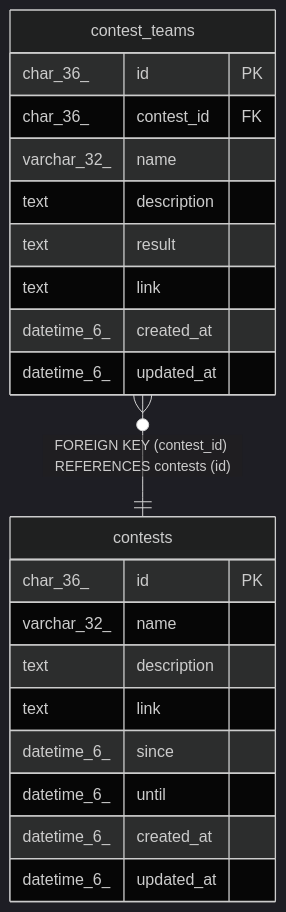
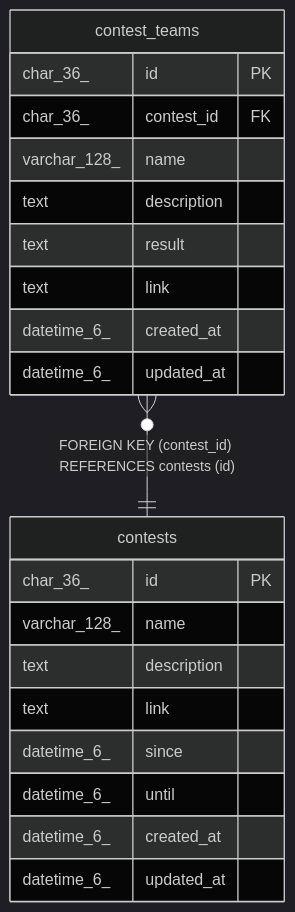
The diagram in docs/dbschema/contests.md (traPtitech/traPortfolio), drawn with Mermaid (dark theme) before and after one commit. The commit also changed other lines of this file and 7 other files, not shown here.

````diff
--- a/docs/dbschema/contests.md
+++ b/docs/dbschema/contests.md
@@ -53,26 +53,26 @@
 ```mermaid
 erDiagram
 
 "contest_teams" }o--|| "contests" : "FOREIGN KEY (contest_id) REFERENCES contests (id)"
 
 "contests" {
   char_36_ id PK
-  varchar_32_ name
+  varchar_128_ name
   text description
   text link
   datetime_6_ since
   datetime_6_ until
   datetime_6_ created_at
   datetime_6_ updated_at
 }
 "contest_teams" {
   char_36_ id PK
   char_36_ contest_id FK
-  varchar_32_ name
+  varchar_128_ name
   text description
   text result
   text link
   datetime_6_ created_at
   datetime_6_ updated_at
 }
 ```
````
